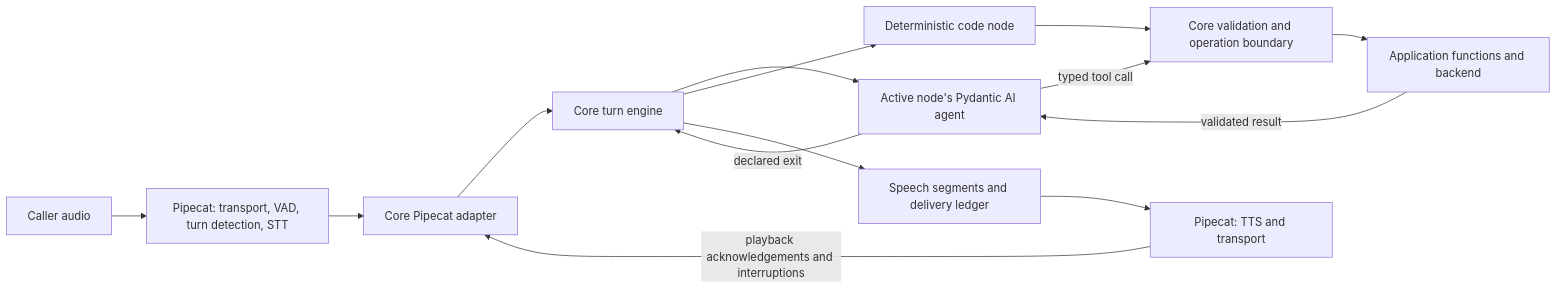
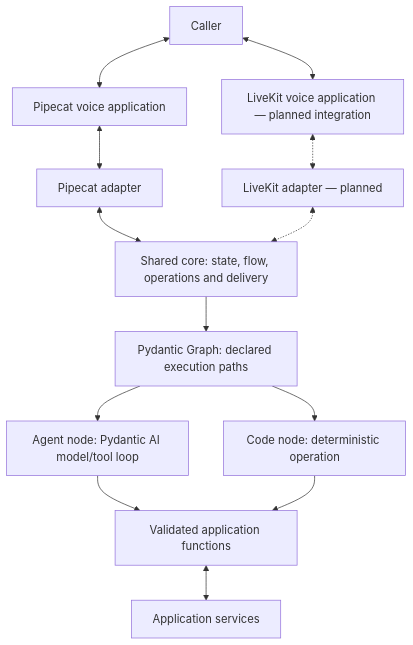
Before and after one commit to slng-ai/unmute-beat: the diagram in README.md, drawn with Mermaid. The commit also changed other lines of this file, not shown here.

Commit message:
docs: explain the shared typed-flow vision

````diff
--- a/README.md
+++ b/README.md
@@ -22,16 +83,15 @@
 ```mermaid
-flowchart LR
-    Input["Caller audio"] --> Voice["Pipecat: transport, VAD, turn detection, STT"]
-    Voice --> Adapter["Core Pipecat adapter"]
-    Adapter --> Engine["Core turn engine"]
-    Engine --> Agent["Active node's Pydantic AI agent"]
-    Agent -->|"typed tool call"| Checks["Core validation and operation boundary"]
-    Checks --> Backend["Application functions and backend"]
-    Backend -->|"validated result"| Agent
-    Agent -->|"declared exit"| Engine
-    Engine --> Code["Deterministic code node"]
-    Code --> Checks
-    Engine --> Speech["Speech segments and delivery ledger"]
-    Speech --> Output["Pipecat: TTS and transport"]
-    Output -->|"playback acknowledgements and interruptions"| Adapter
+flowchart TB
+    Caller["Caller"] <--> Pipecat["Pipecat voice application"]
+    Caller <--> LiveKit["LiveKit voice application — planned integration"]
+    Pipecat <--> PA["Pipecat adapter"]
+    LiveKit <-.-> LA["LiveKit adapter — planned"]
+    PA <--> Core["Shared core: state, flow, operations and delivery"]
+    LA <-.-> Core
+    Core --> Graph["Pydantic Graph: declared execution paths"]
+    Graph --> Agent["Agent node: Pydantic AI model/tool loop"]
+    Graph --> Code["Code node: deterministic operation"]
+    Agent --> Boundary["Validated application functions"]
+    Code --> Boundary
+    Boundary <--> Services["Application services"]
 ```
````
